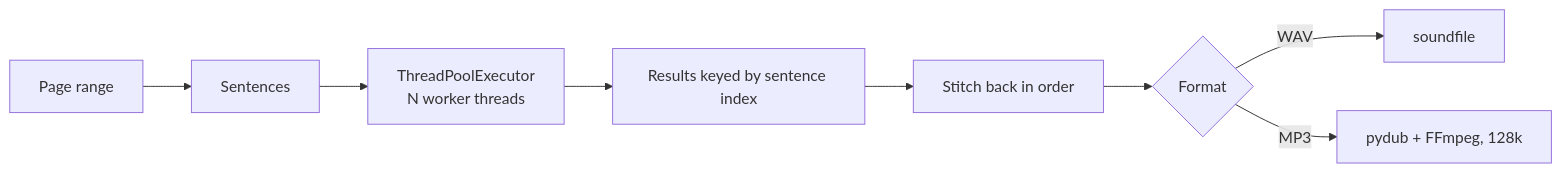
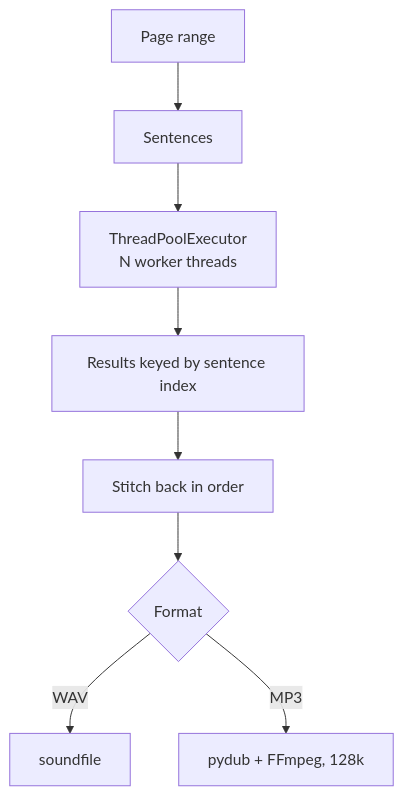
The second of 2 diagrams in README.md (loganrosson/desktop-book-reader), drawn with Mermaid before and after one commit. The commit also changed other lines of this file, not shown here.

````diff
--- a/README.md
+++ b/README.md
@@ -32,10 +32,10 @@
 ```mermaid
-flowchart LR
+flowchart TD
     A[Page range] --> B[Sentences]
     B --> C[ThreadPoolExecutor<br/>N worker threads]
     C --> D[Results keyed by sentence index]
     D --> E[Stitch back in order]
     E --> F{Format}
     F -- WAV --> G[soundfile]
     F -- MP3 --> H[pydub + FFmpeg, 128k]
 ```
````
